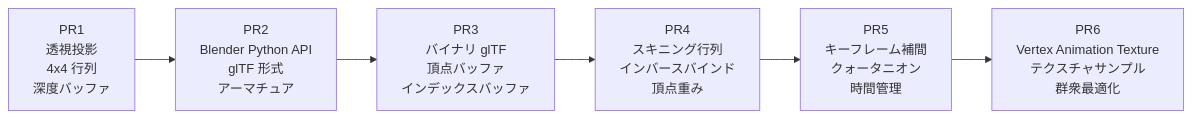
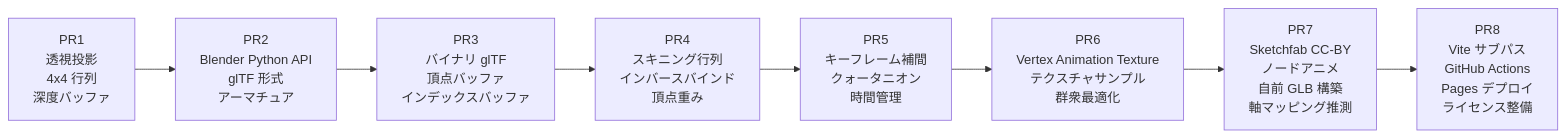
The second of 2 diagrams in docs/02-roadmap.md (kimata1007/boids-webgpu), drawn with Mermaid before and after one commit. The commit also changed other lines of this file and 3 other files, not shown here.

````diff
--- a/docs/02-roadmap.md
+++ b/docs/02-roadmap.md
@@ -47,9 +53,11 @@
 ```mermaid
 flowchart LR
     PR1["PR1<br/>透視投影<br/>4x4 行列<br/>深度バッファ"] --> PR2
     PR2["PR2<br/>Blender Python API<br/>glTF 形式<br/>アーマチュア"] --> PR3
     PR3["PR3<br/>バイナリ glTF<br/>頂点バッファ<br/>インデックスバッファ"] --> PR4
     PR4["PR4<br/>スキニング行列<br/>インバースバインド<br/>頂点重み"] --> PR5
     PR5["PR5<br/>キーフレーム補間<br/>クォータニオン<br/>時間管理"] --> PR6
-    PR6["PR6<br/>Vertex Animation Texture<br/>テクスチャサンプル<br/>群衆最適化"]
+    PR6["PR6<br/>Vertex Animation Texture<br/>テクスチャサンプル<br/>群衆最適化"] --> PR7
+    PR7["PR7<br/>Sketchfab CC-BY<br/>ノードアニメ<br/>自前 GLB 構築<br/>軸マッピング推測"] --> PR8
+    PR8["PR8<br/>Vite サブパス<br/>GitHub Actions<br/>Pages デプロイ<br/>ライセンス整備"]
 ```
````
